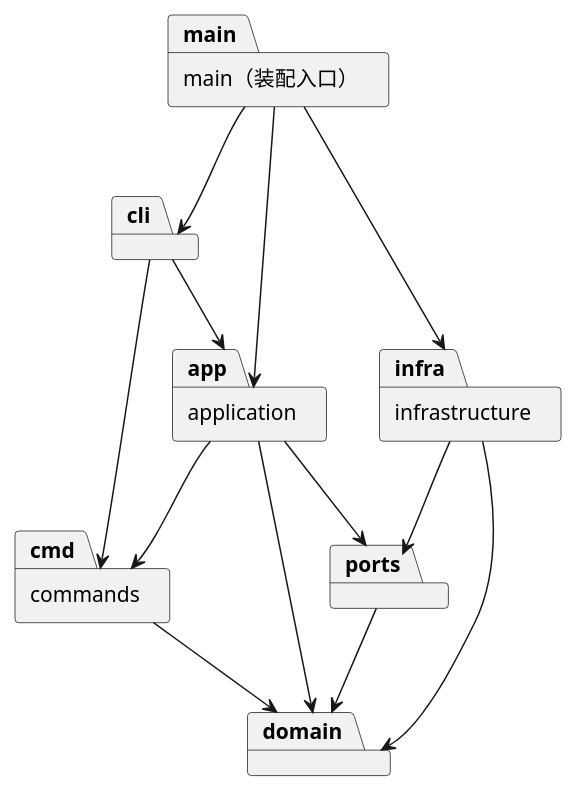
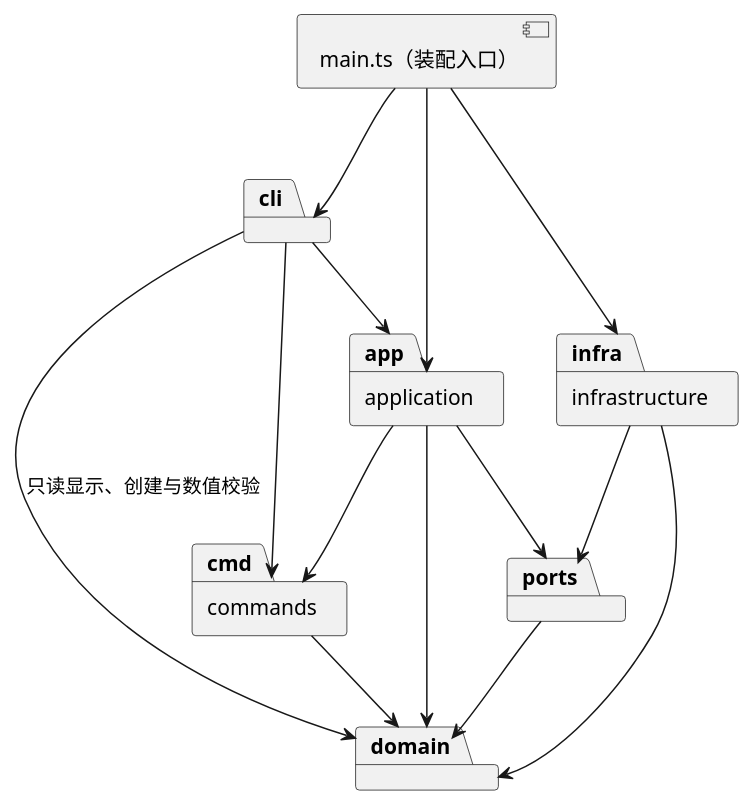
The diagram in doc/README.md (LetSets/svg-editor-lab1), drawn with PlantUML before and after one commit. The commit also changed other lines of this file and 4 other files, not shown here.

Commit message:
docs: finalize architecture, collaboration log and validation evidence

````diff
--- a/doc/README.md
+++ b/doc/README.md
@@ -56,23 +75,24 @@
 ```plantuml
 @startuml
 package "cli" as cli
 package "application" as app
 package "commands" as cmd
 package "domain" as domain
 package "ports" as ports
 package "infrastructure" as infra
-package "main（装配入口）" as main
+component "main.ts（装配入口）" as main
 cli --> app
 cli --> cmd
+cli --> domain : 只读显示、创建与数值校验
 app --> cmd
 app --> domain
 app --> ports
 cmd --> domain
 ports --> domain
 infra --> ports
 infra --> domain
 main --> cli
 main --> app
 main --> infra
 @enduml
 ```
````
